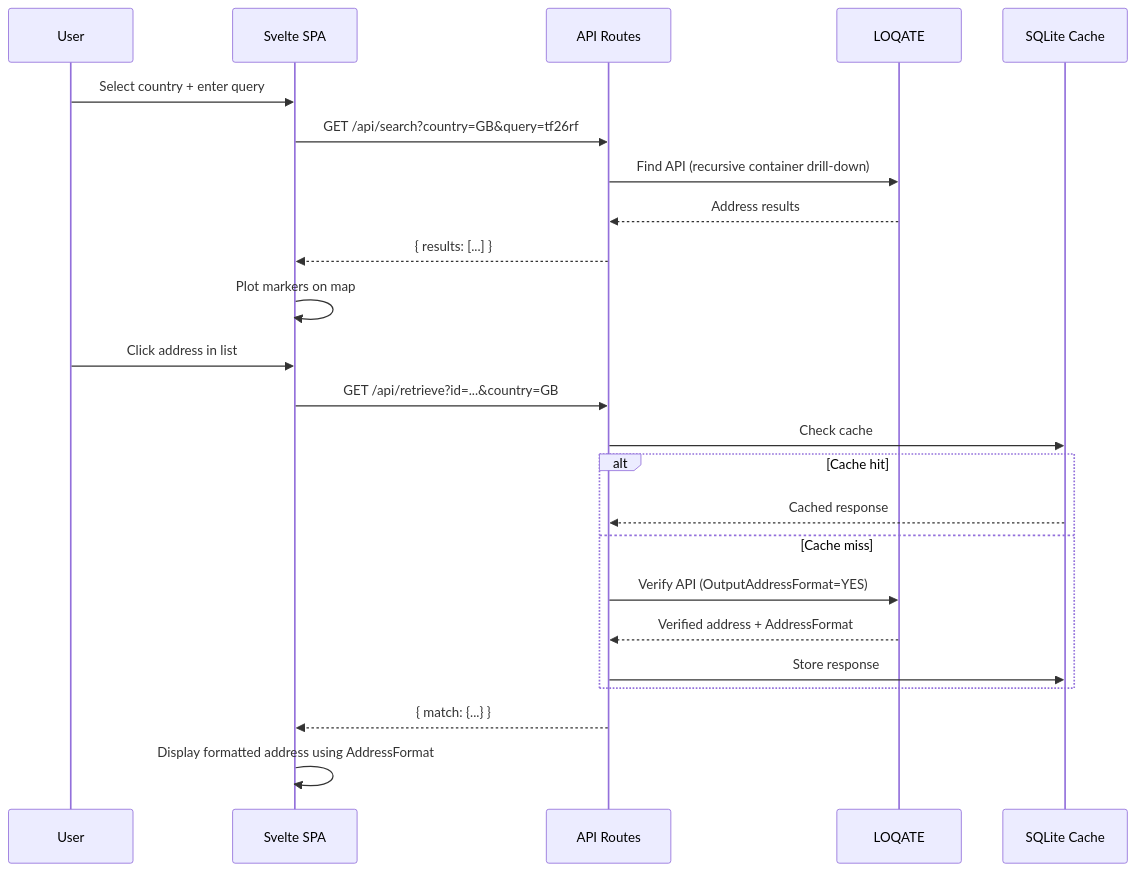
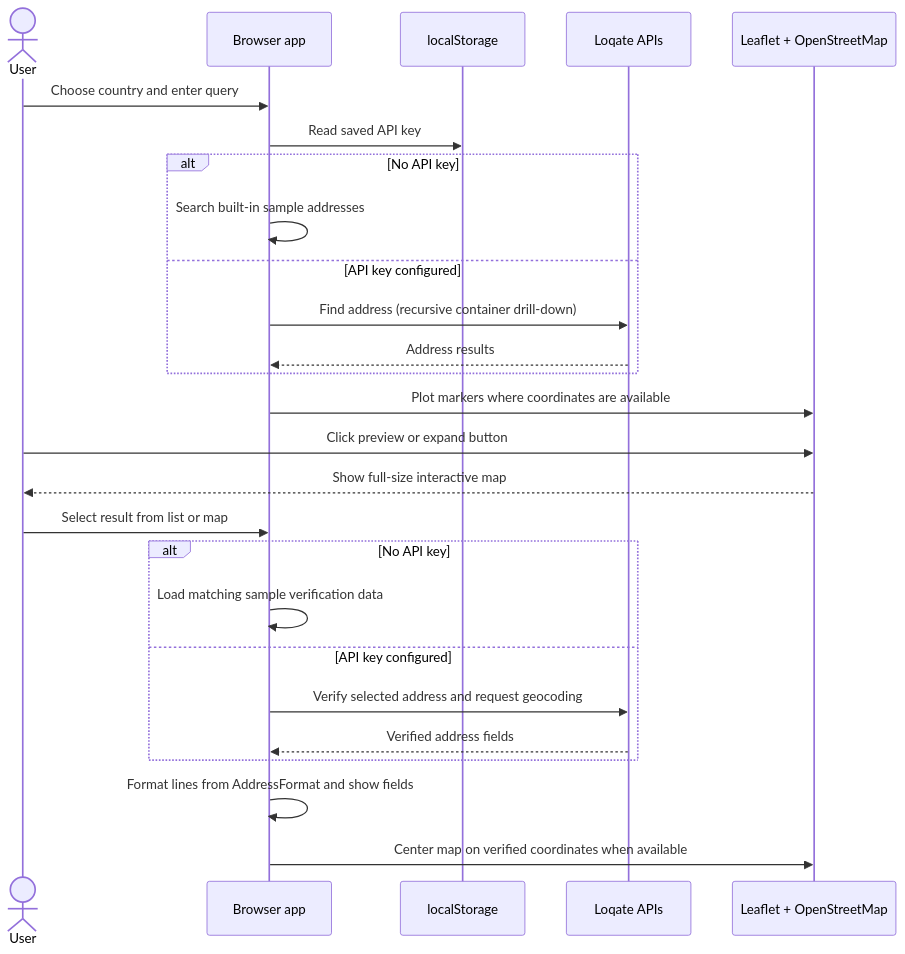
Before and after one commit to newportg/poc-address: the second of 2 diagrams in docs/design.md, drawn with Mermaid. The commit also changed other lines of this file and 10 other files, not shown here.

````diff
--- a/docs/design.md
+++ b/docs/design.md
@@ -78,28 +36,29 @@
 ```mermaid
 sequenceDiagram
-    participant U as User
-    participant UI as Svelte SPA
-    participant API as API Routes
-    participant L as LOQATE
-    participant DB as SQLite Cache
+    actor User
+    participant App as Browser app
+    participant Store as localStorage
+    participant Loqate as Loqate APIs
+    participant Map as Leaflet + OpenStreetMap
 
-    U->>UI: Select country + enter query
-    UI->>API: GET /api/search?country=GB&query=tf26rf
-    API->>L: Find API (recursive container drill-down)
-    L-->>API: Address results
-    API-->>UI: { results: [...] }
-    UI->>UI: Plot markers on map
-
-    U->>UI: Click address in list
-    UI->>API: GET /api/retrieve?id=...&country=GB
-    API->>DB: Check cache
-    alt Cache hit
-        DB-->>API: Cached response
-    else Cache miss
-        API->>L: Verify API (OutputAddressFormat=YES)
-        L-->>API: Verified address + AddressFormat
-        API->>DB: Store response
+    User->>App: Choose country and enter query
+    App->>Store: Read saved API key
+    alt No API key
+        App->>App: Search built-in sample addresses
+    else API key configured
+        App->>Loqate: Find address (recursive container drill-down)
+        Loqate-->>App: Address results
     end
-    API-->>UI: { match: {...} }
-    UI->>UI: Display formatted address using AddressFormat
+    App->>Map: Plot markers where coordinates are available
+    User->>Map: Click preview or expand button
+    Map-->>User: Show full-size interactive map
+    User->>App: Select result from list or map
+    alt No API key
+        App->>App: Load matching sample verification data
+    else API key configured
+        App->>Loqate: Verify selected address and request geocoding
+        Loqate-->>App: Verified address fields
+    end
+    App->>App: Format lines from AddressFormat and show fields
+    App->>Map: Center map on verified coordinates when available
 ```
````
